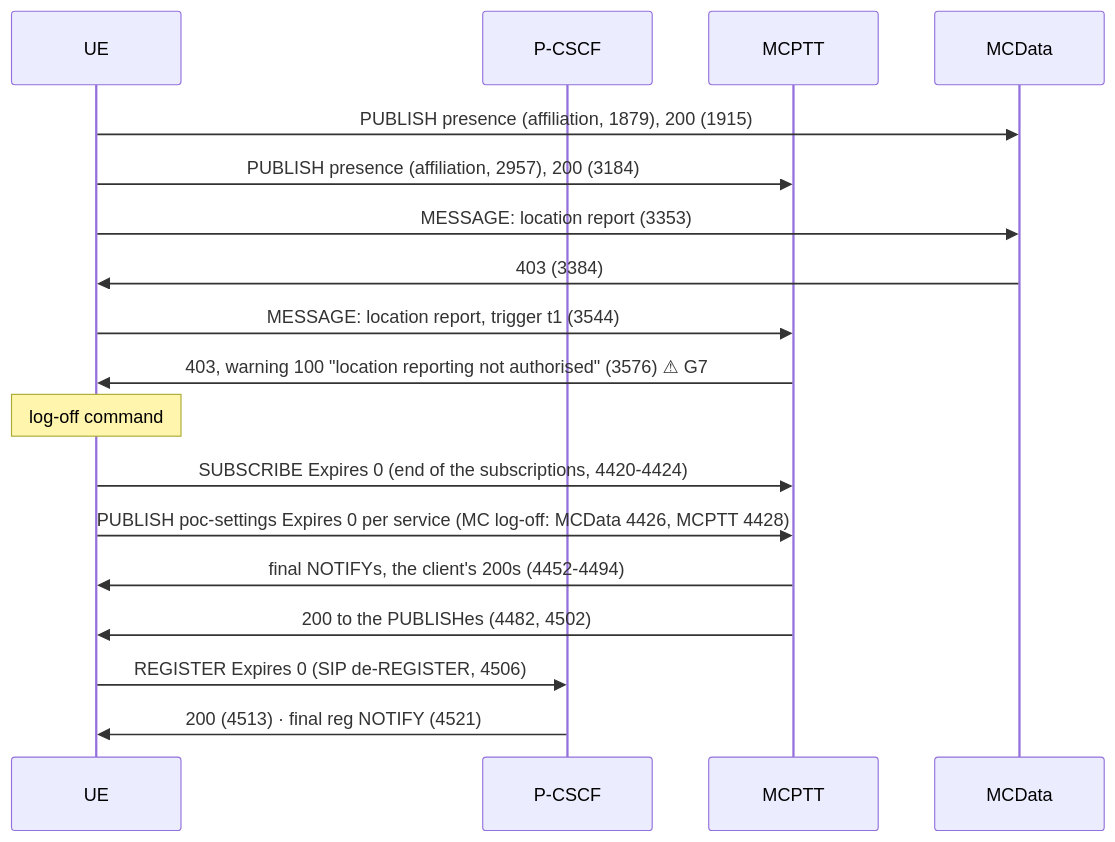
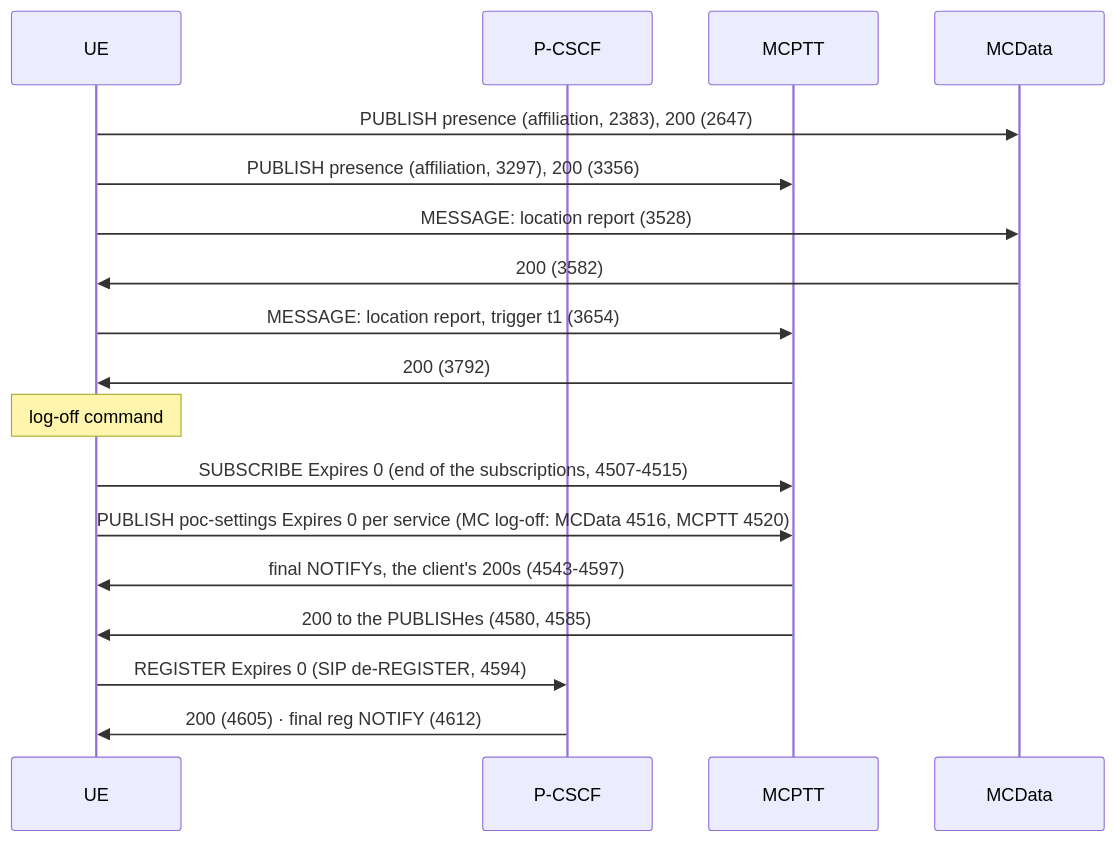
One commit to openMCX/openmcx-server changed the ninth of 9 diagrams in tutorials/end-to-end/10-openmcx-ue-conformance-check/CALL_FLOW.md. Above: the diagram before and after it, drawn with Mermaid. The commit also changed other lines of this file and 6 other files, not shown here.

First line of the commit message:
Tutorial 10: the MC client may report its location

````diff
--- a/tutorials/end-to-end/10-openmcx-ue-conformance-check/CALL_FLOW.md
+++ b/tutorials/end-to-end/10-openmcx-ue-conformance-check/CALL_FLOW.md
@@ -265,20 +265,20 @@
 ```mermaid
 sequenceDiagram
     participant UE
     participant PC as P-CSCF
     participant AS as MCPTT
     participant MD as MCData
-    UE->>MD: PUBLISH presence (affiliation, 1879), 200 (1915)
-    UE->>AS: PUBLISH presence (affiliation, 2957), 200 (3184)
-    UE->>MD: MESSAGE: location report (3353)
-    MD->>UE: 403 (3384)
-    UE->>AS: MESSAGE: location report, trigger t1 (3544)
-    AS->>UE: 403, warning 100 "location reporting not authorised" (3576) ⚠ G7
+    UE->>MD: PUBLISH presence (affiliation, 2383), 200 (2647)
+    UE->>AS: PUBLISH presence (affiliation, 3297), 200 (3356)
+    UE->>MD: MESSAGE: location report (3528)
+    MD->>UE: 200 (3582)
+    UE->>AS: MESSAGE: location report, trigger t1 (3654)
+    AS->>UE: 200 (3792)
     Note over UE: log-off command
-    UE->>AS: SUBSCRIBE Expires 0 (end of the subscriptions, 4420-4424)
-    UE->>AS: PUBLISH poc-settings Expires 0 per service (MC log-off: MCData 4426, MCPTT 4428)
-    AS->>UE: final NOTIFYs, the client's 200s (4452-4494)
-    AS->>UE: 200 to the PUBLISHes (4482, 4502)
-    UE->>PC: REGISTER Expires 0 (SIP de-REGISTER, 4506)
-    PC->>UE: 200 (4513) · final reg NOTIFY (4521)
+    UE->>AS: SUBSCRIBE Expires 0 (end of the subscriptions, 4507-4515)
+    UE->>AS: PUBLISH poc-settings Expires 0 per service (MC log-off: MCData 4516, MCPTT 4520)
+    AS->>UE: final NOTIFYs, the client's 200s (4543-4597)
+    AS->>UE: 200 to the PUBLISHes (4580, 4585)
+    UE->>PC: REGISTER Expires 0 (SIP de-REGISTER, 4594)
+    PC->>UE: 200 (4605) · final reg NOTIFY (4612)
 ```
````
